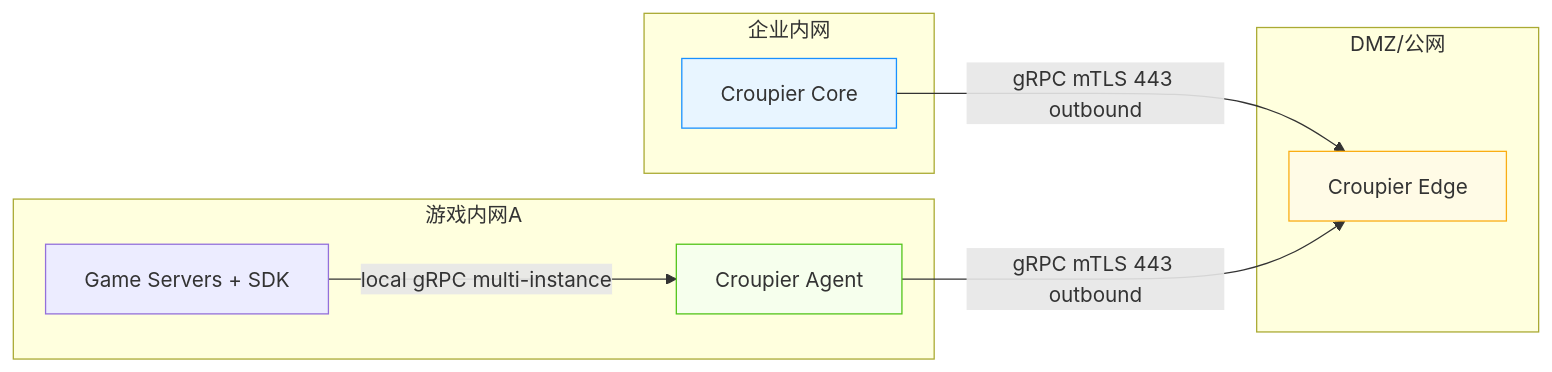
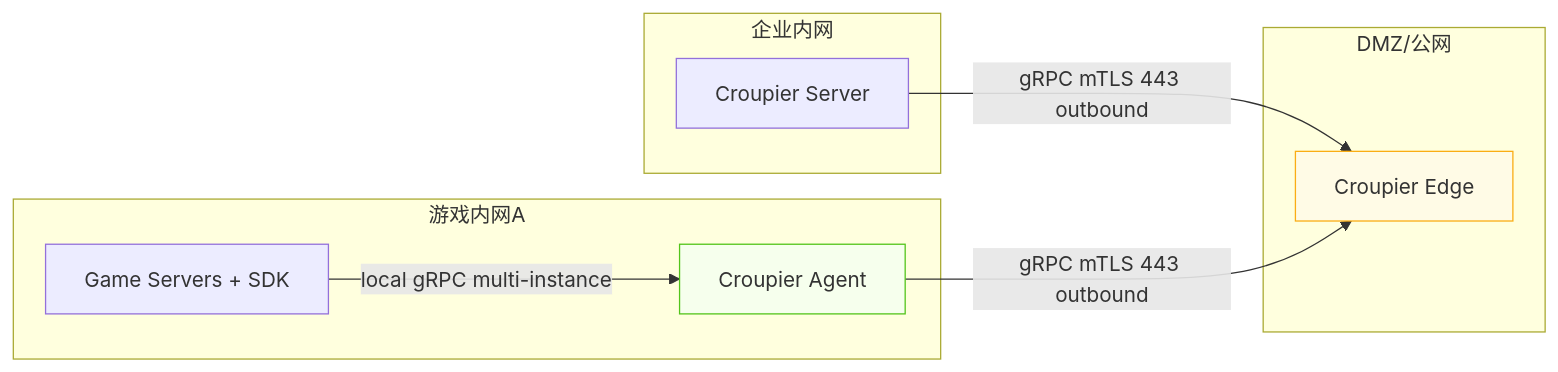
Before and after one commit to cuihairu/croupier: the fourth of 4 diagrams in README.md, drawn with Mermaid. The commit also changed other lines of this file and 4 other files, not shown here.

Commit message:
docs: rename Core concept to Server across README and docs

````diff
--- a/README.md
+++ b/README.md
@@ -157,22 +157,22 @@
 ```mermaid
 graph LR
   subgraph INTRANET[企业内网]
-    Core[Croupier Core]
+    Server[Croupier Server]
   end
   subgraph DMZ[DMZ/公网]
     Edge[Croupier Edge]
   end
   subgraph GNETA[游戏内网A]
     A1[Croupier Agent]
     GS1[Game Servers + SDK]
   end
-  Core -->|gRPC mTLS 443 outbound| Edge
+  Server -->|gRPC mTLS 443 outbound| Edge
   A1 -->|gRPC mTLS 443 outbound| Edge
   GS1 -->|local gRPC multi-instance| A1
   classDef core fill:#e8f5ff,stroke:#1890ff;
   classDef agent fill:#f6ffed,stroke:#52c41a;
   classDef edge fill:#fffbe6,stroke:#faad14;
-  class Core core
+  class Server server
   class A1 agent
   class Edge edge
 ```
````
